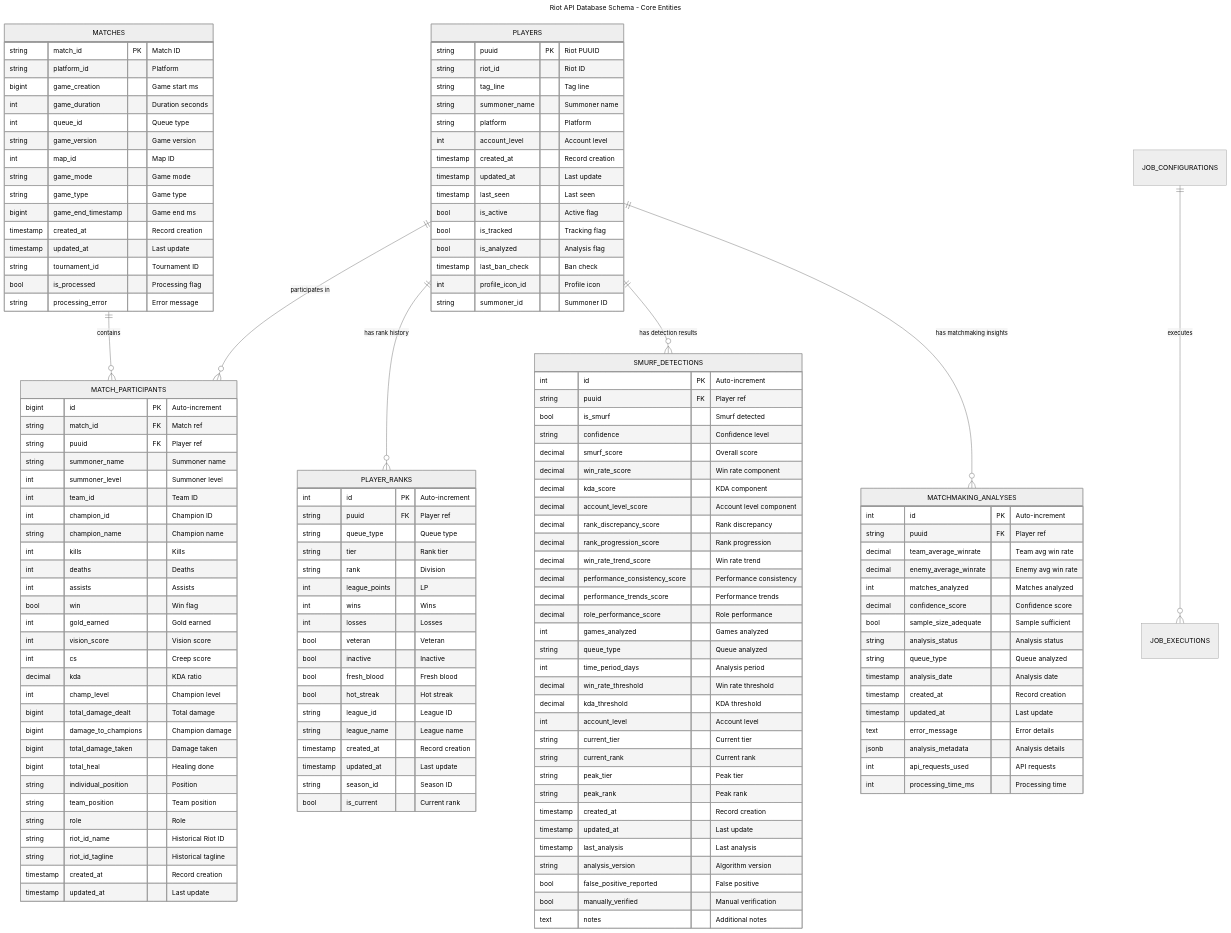
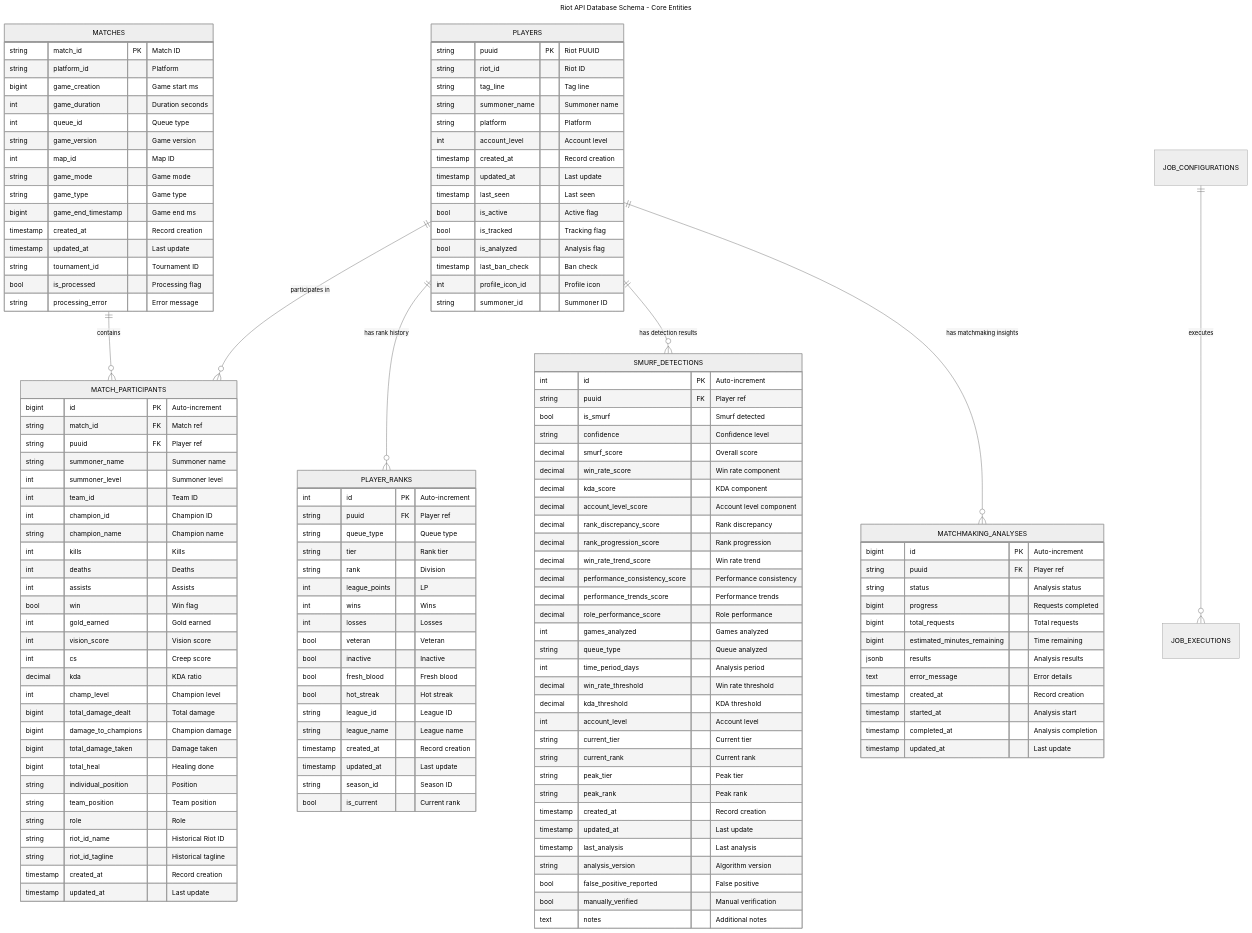
Before and after one commit to SlanyCukr/riot-api-project: the first of 2 diagrams in docs/database-schema.md, drawn with Mermaid (neutral theme). The commit also changed other lines of this file and 20 other files, not shown here.

````diff
--- a/docs/database-schema.md
+++ b/docs/database-schema.md
@@ -146,21 +146,17 @@
     }
 
     MATCHMAKING_ANALYSES {
-        int id PK "Auto-increment"
+        bigint id PK "Auto-increment"
         string puuid FK "Player ref"
-        decimal team_average_winrate "Team avg win rate"
-        decimal enemy_average_winrate "Enemy avg win rate"
-        int matches_analyzed "Matches analyzed"
-        decimal confidence_score "Confidence score"
-        bool sample_size_adequate "Sample sufficient"
-        string analysis_status "Analysis status"
-        string queue_type "Queue analyzed"
-        timestamp analysis_date "Analysis date"
+        string status "Analysis status"
+        bigint progress "Requests completed"
+        bigint total_requests "Total requests"
+        bigint estimated_minutes_remaining "Time remaining"
+        jsonb results "Analysis results"
+        text error_message "Error details"
         timestamp created_at "Record creation"
+        timestamp started_at "Analysis start"
+        timestamp completed_at "Analysis completion"
         timestamp updated_at "Last update"
-        text error_message "Error details"
-        jsonb analysis_metadata "Analysis details"
-        int api_requests_used "API requests"
-        int processing_time_ms "Processing time"
     }
 ```
````
